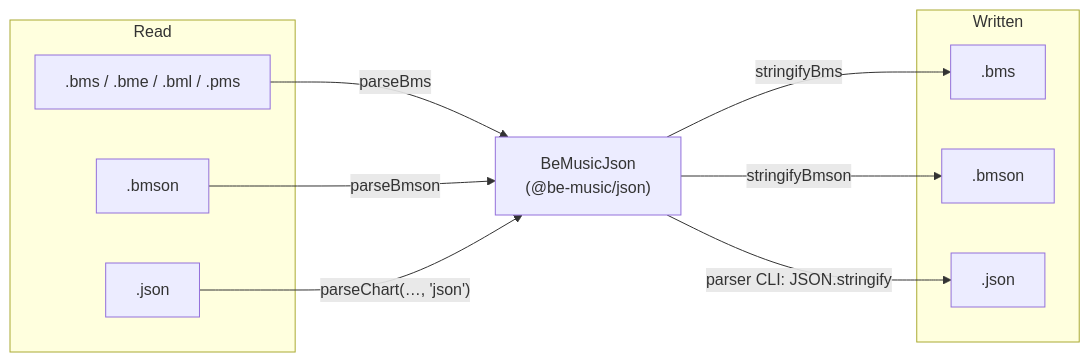
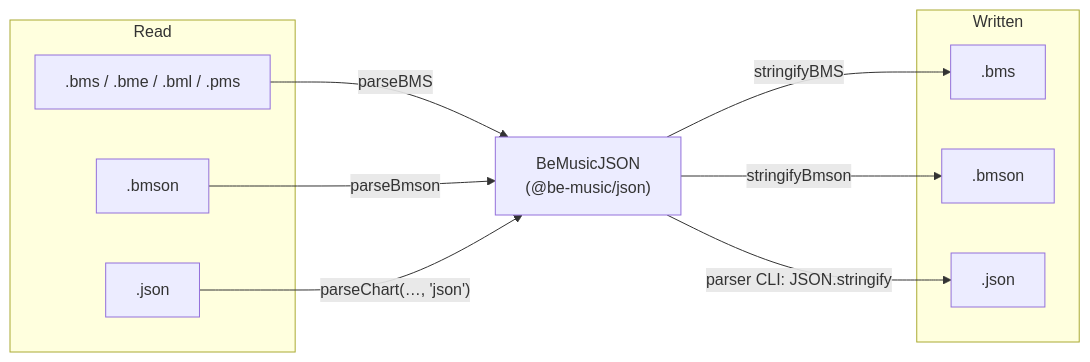
Before and after one commit to nulltask/be-music: the second of 2 diagrams in docs/json-spec.md, drawn with Mermaid. The commit also changed other lines of this file and 921 other files, not shown here.

````diff
--- a/docs/json-spec.md
+++ b/docs/json-spec.md
@@ -394,20 +414,20 @@
 ```mermaid
 flowchart LR
   subgraph in["Read"]
     bmsIn[".bms / .bme / .bml / .pms"]
     bmsonIn[".bmson"]
     jsonIn[".json"]
   end
-  ir["BeMusicJson<br/>(@be-music/json)"]
+  ir["BeMusicJSON<br/>(@be-music/json)"]
   subgraph out["Written"]
     bmsOut[".bms"]
     bmsonOut[".bmson"]
     jsonOut[".json"]
   end
-  bmsIn -->|parseBms| ir
+  bmsIn -->|parseBMS| ir
   bmsonIn -->|parseBmson| ir
   jsonIn -->|"parseChart(…, 'json')"| ir
-  ir -->|stringifyBms| bmsOut
+  ir -->|stringifyBMS| bmsOut
   ir -->|stringifyBmson| bmsonOut
   ir -->|"parser CLI: JSON.stringify"| jsonOut
 ```
````
